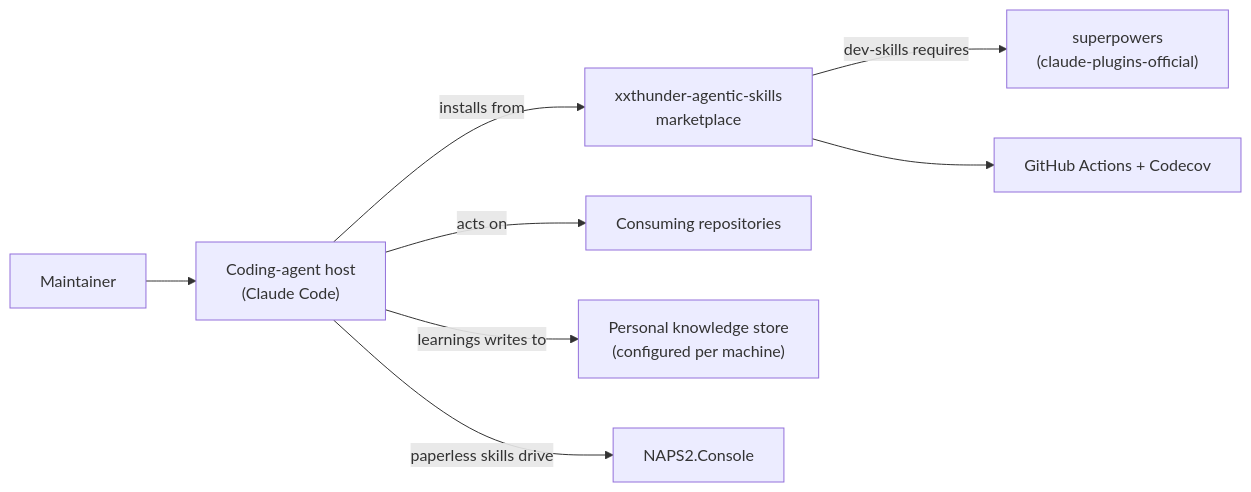
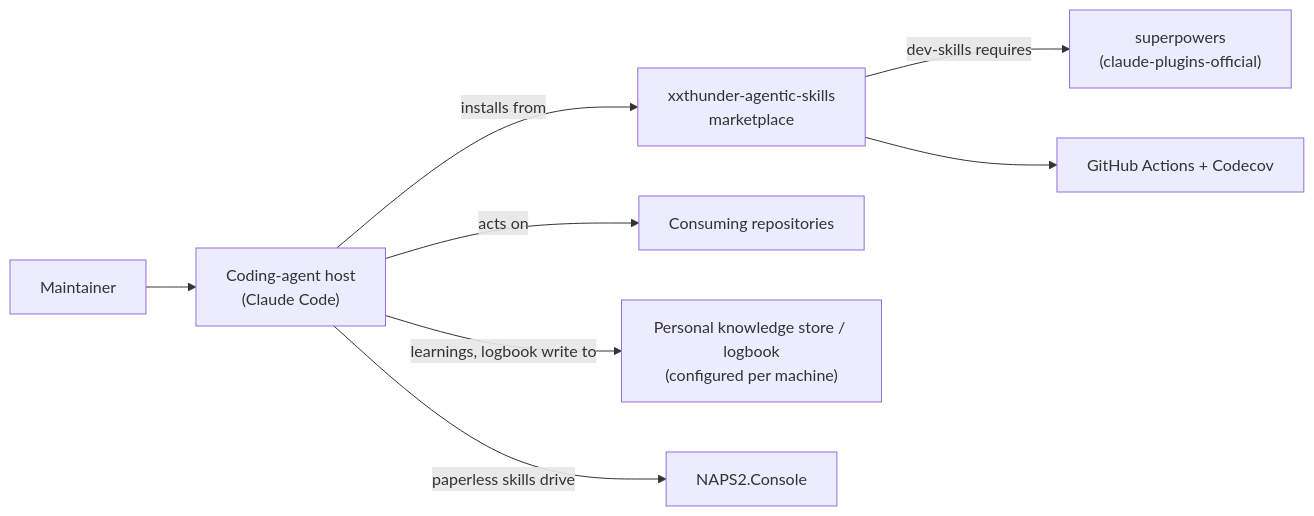
Before and after one commit to xxthunder/xxthunder-agentic-skills: the first of 6 diagrams in docs/architecture.md, drawn with Mermaid. The commit also changed other lines of this file and 6 other files, not shown here.

````diff
--- a/docs/architecture.md
+++ b/docs/architecture.md
@@ -12,19 +12,19 @@
 ```mermaid
 flowchart LR
     dev["Maintainer"]
     host["Coding-agent host<br/>(Claude Code)"]
     mkt["xxthunder-agentic-skills<br/>marketplace"]
     consumer["Consuming repositories"]
-    store["Personal knowledge store<br/>(configured per machine)"]
+    store["Personal knowledge store / logbook<br/>(configured per machine)"]
     sp["superpowers<br/>(claude-plugins-official)"]
     naps["NAPS2.Console"]
     ci["GitHub Actions + Codecov"]
 
     dev --> host
     host -->|installs from| mkt
     host -->|acts on| consumer
-    host -->|learnings writes to| store
+    host -->|learnings, logbook write to| store
     mkt -->|dev-skills requires| sp
     host -->|paperless skills drive| naps
     mkt --> ci
 ```
````
